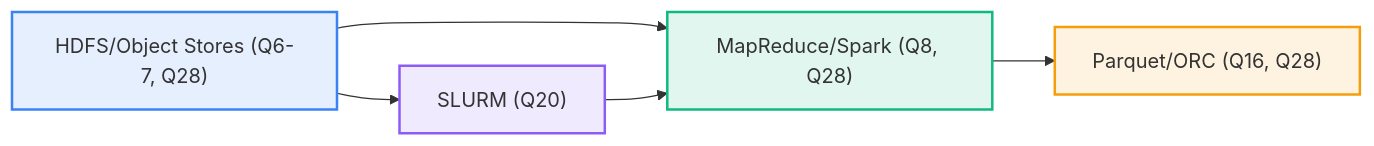
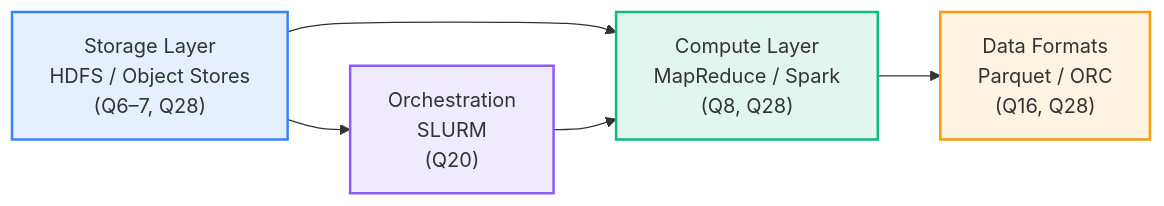
One commit to MadeInShineA/hei-course-summaries changed the fifth of 5 diagrams in 302.1-data-computation/summaries/spark.md. Above: the diagram before and after it, drawn with Mermaid. The commit also changed other lines of this file, not shown here.

Commit message:
Fixed graphs in spark.md

````diff
--- a/302.1-data-computation/summaries/spark.md
+++ b/302.1-data-computation/summaries/spark.md
@@ -285,10 +322,11 @@
 ```mermaid
 graph LR
-    Storage["HDFS/Object Stores (Q6-7, Q28)"] --> Compute["MapReduce/Spark (Q8, Q28)"]
-    Compute --> Formats["Parquet/ORC (Q16, Q28)"]
-    Storage --> SLURM["SLURM (Q20)"] --> Compute
+    Storage["Storage Layer<br/>HDFS / Object Stores<br/>(Q6–7, Q28)"] --> Compute["Compute Layer<br/>MapReduce / Spark<br/>(Q8, Q28)"]
+    Compute --> Formats["Data Formats<br/>Parquet / ORC<br/>(Q16, Q28)"]
+    Storage --> SLURM["Orchestration<br/>SLURM<br/>(Q20)"]
+    SLURM --> Compute
     style Storage fill:#3b82f620,stroke:#3b82f6,stroke-width:2px
     style Compute fill:#10b98120,stroke:#10b981,stroke-width:2px
     style Formats fill:#f59e0b20,stroke:#f59e0b,stroke-width:2px
     style SLURM fill:#8b5cf620,stroke:#8b5cf6,stroke-width:2px
 ```
````
